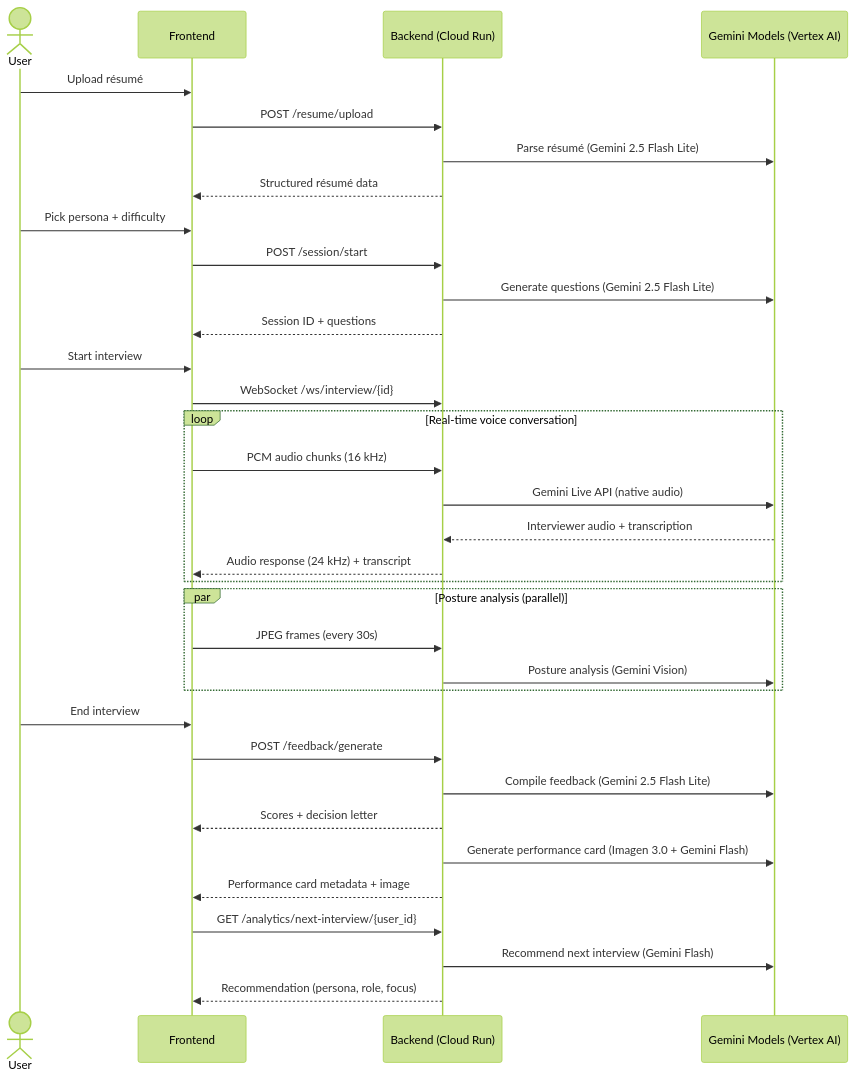
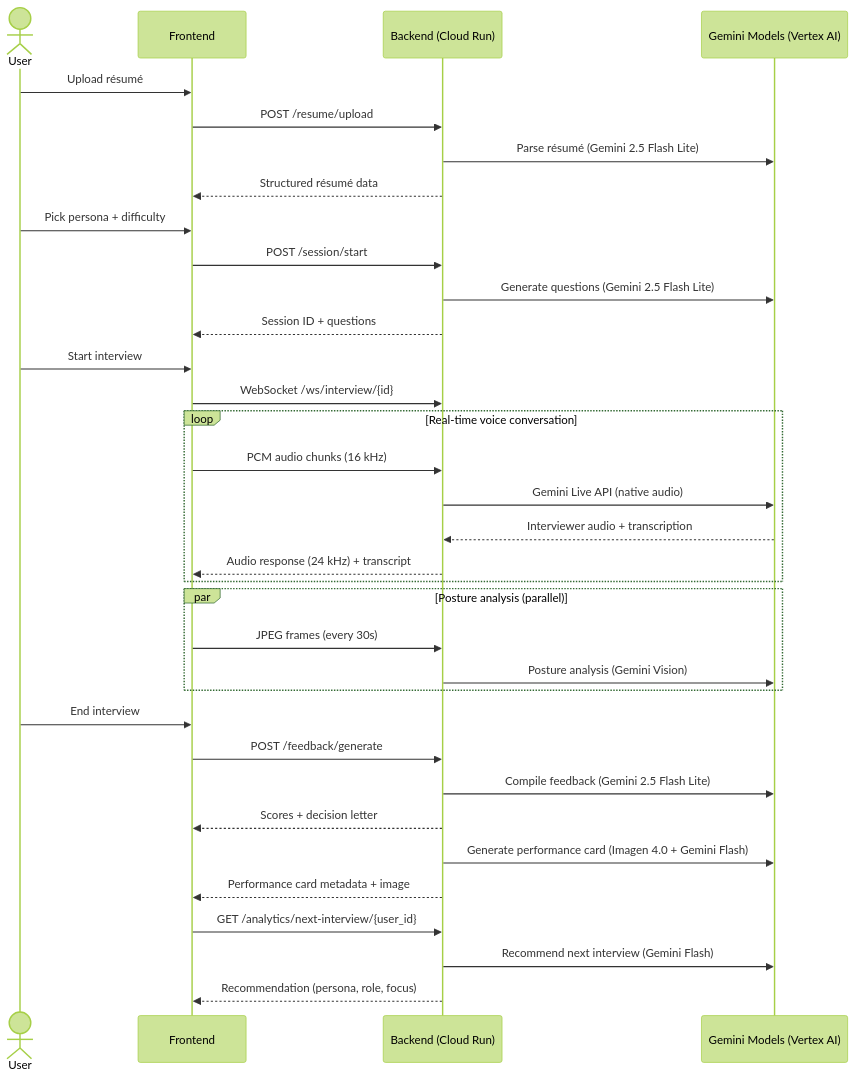
One commit to mockmate-app/mockmate changed the second of 3 diagrams in README.md. Above: the diagram before and after it, drawn with Mermaid (forest theme). The commit also changed other lines of this file and 8 other files, not shown here.

````diff
--- a/README.md
+++ b/README.md
@@ -150,43 +150,43 @@
 ```mermaid
 sequenceDiagram
     actor User
     participant FE as Frontend
     participant BE as Backend (Cloud Run)
     participant Gemini as Gemini Models (Vertex AI)
 
     User->>FE: Upload résumé
     FE->>BE: POST /resume/upload
     BE->>Gemini: Parse résumé (Gemini 2.5 Flash Lite)
     BE-->>FE: Structured résumé data
 
     User->>FE: Pick persona + difficulty
     FE->>BE: POST /session/start
     BE->>Gemini: Generate questions (Gemini 2.5 Flash Lite)
     BE-->>FE: Session ID + questions
 
     User->>FE: Start interview
     FE->>BE: WebSocket /ws/interview/{id}
     loop Real-time voice conversation
         FE->>BE: PCM audio chunks (16 kHz)
         BE->>Gemini: Gemini Live API (native audio)
         Gemini-->>BE: Interviewer audio + transcription
         BE-->>FE: Audio response (24 kHz) + transcript
     end
 
     par Posture analysis (parallel)
         FE->>BE: JPEG frames (every 30s)
         BE->>Gemini: Posture analysis (Gemini Vision)
     end
 
     User->>FE: End interview
     FE->>BE: POST /feedback/generate
     BE->>Gemini: Compile feedback (Gemini 2.5 Flash Lite)
     BE-->>FE: Scores + decision letter
 
-    BE->>Gemini: Generate performance card (Imagen 3.0 + Gemini Flash)
+    BE->>Gemini: Generate performance card (Imagen 4.0 + Gemini Flash)
     BE-->>FE: Performance card metadata + image
 
     FE->>BE: GET /analytics/next-interview/{user_id}
     BE->>Gemini: Recommend next interview (Gemini Flash)
     BE-->>FE: Recommendation (persona, role, focus)
 ```
````
